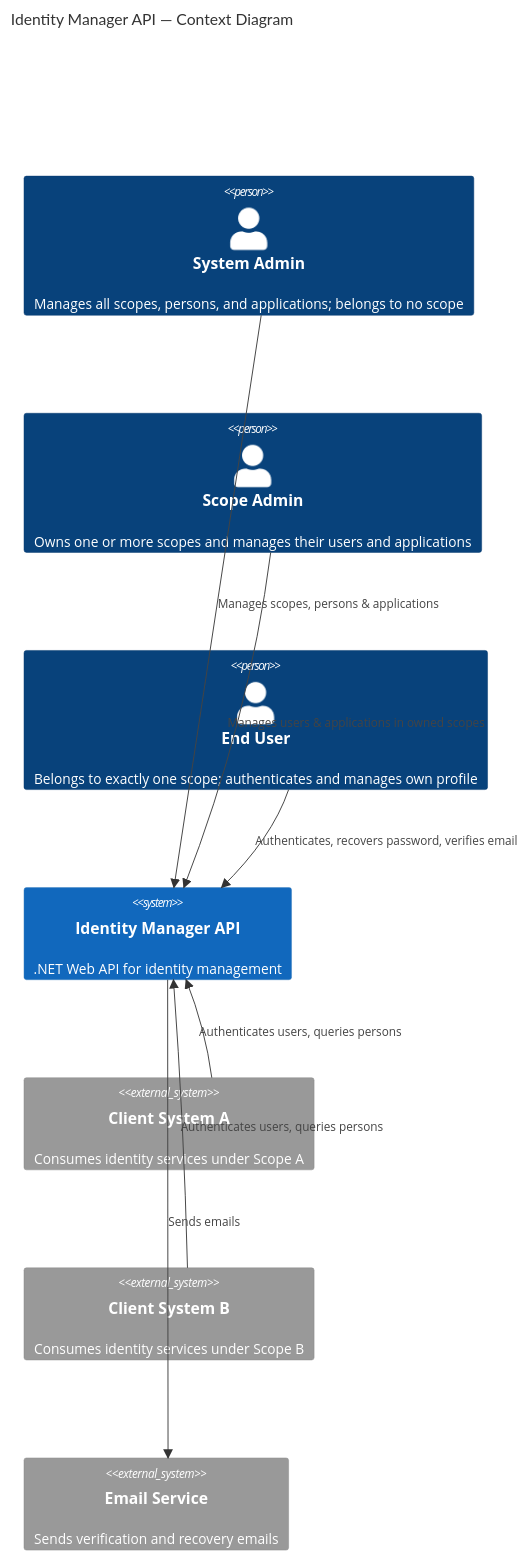
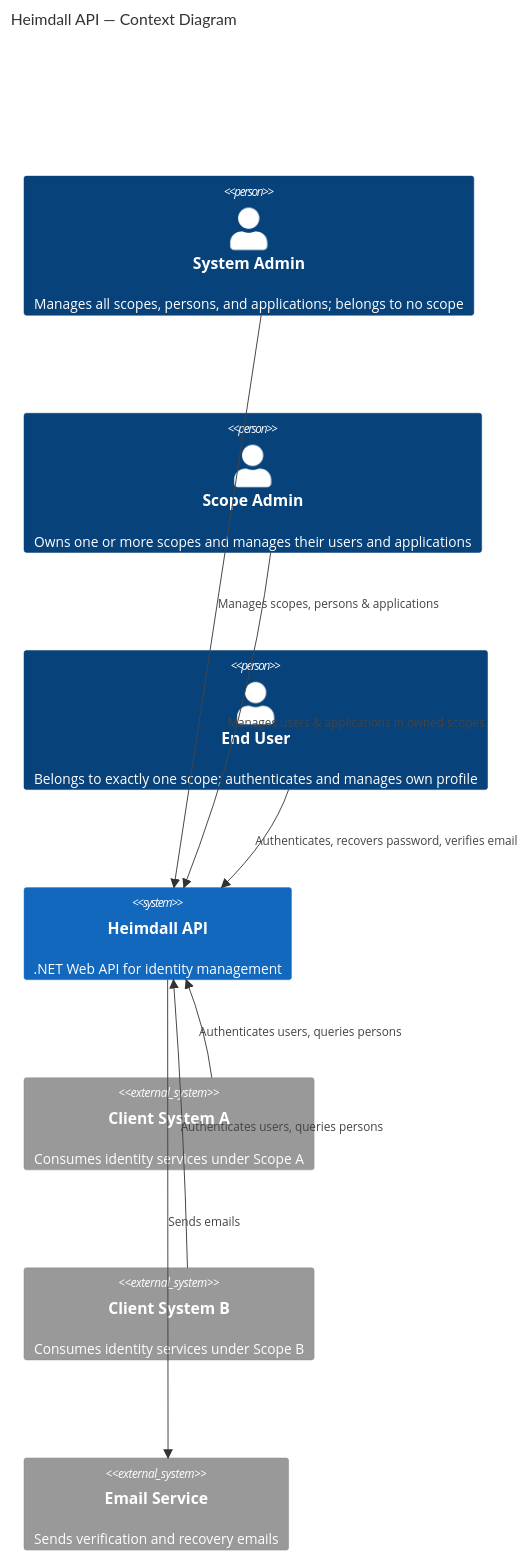
Before and after one commit to artur-rios/heimdall-api: the first of 3 diagrams in docs/requirements/Vision Document.md, drawn with Mermaid. The commit also changed other lines of this file and 743 other files, not shown here.

First line of the commit message:
chore: rename project from IdentityManager to Heimdall

````diff
--- a/docs/requirements/Vision Document.md
+++ b/docs/requirements/Vision Document.md
@@ -64,21 +64,21 @@
 ```mermaid
 C4Context
-    title Identity Manager API — Context Diagram
+    title Heimdall API — Context Diagram
 
     Person(sysAdmin, "System Admin", "Manages all scopes, persons, and applications; belongs to no scope")
     Person(scopeAdmin, "Scope Admin", "Owns one or more scopes and manages their users and applications")
     Person(user, "End User", "Belongs to exactly one scope; authenticates and manages own profile")
 
-    System(api, "Identity Manager API", ".NET Web API for identity management")
+    System(api, "Heimdall API", ".NET Web API for identity management")
 
     System_Ext(clientA, "Client System A", "Consumes identity services under Scope A")
     System_Ext(clientB, "Client System B", "Consumes identity services under Scope B")
     System_Ext(emailSvc, "Email Service", "Sends verification and recovery emails")
 
     Rel(sysAdmin, api, "Manages scopes, persons & applications")
     Rel(scopeAdmin, api, "Manages users & applications in owned scopes")
     Rel(user, api, "Authenticates, recovers password, verifies email")
     Rel(clientA, api, "Authenticates users, queries persons")
     Rel(clientB, api, "Authenticates users, queries persons")
     Rel(api, emailSvc, "Sends emails")
 ```
````
